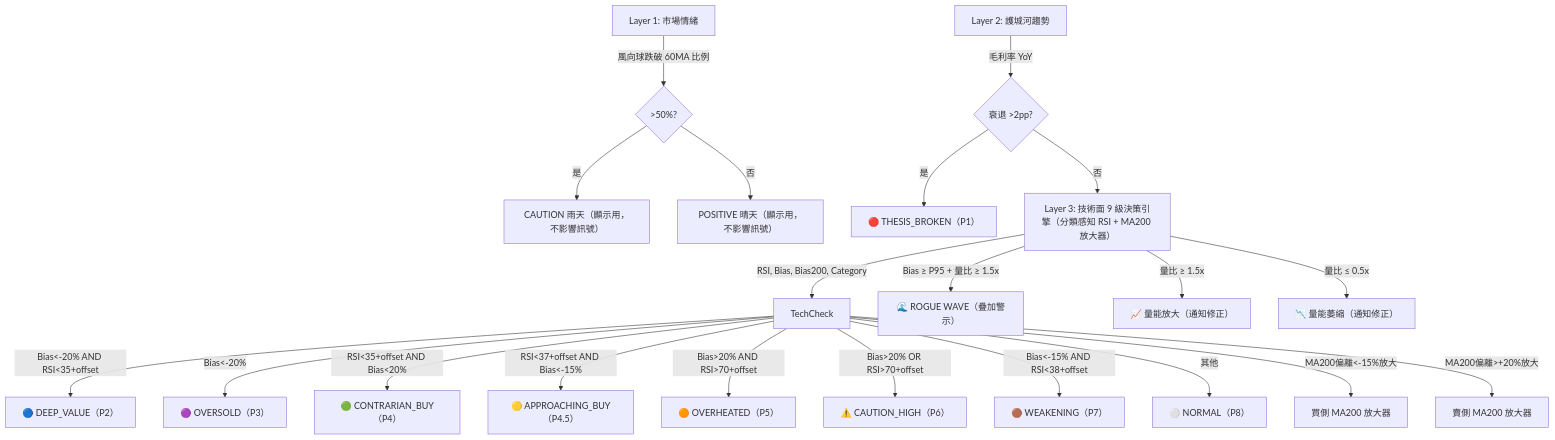
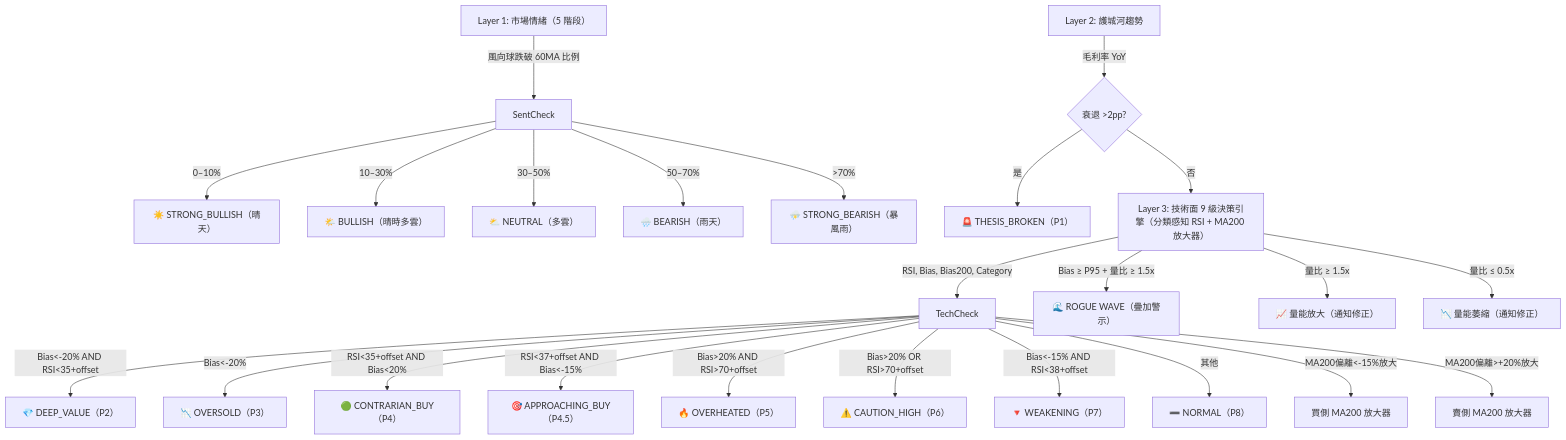
Before and after one commit to azusa152/azusa-stock: the first of 3 diagrams in README.md, drawn with Mermaid. The commit also changed other lines of this file and 25 other files, not shown here.

````diff
--- a/README.md
+++ b/README.md
@@ -96,26 +96,29 @@
 ```mermaid
 flowchart TD
-    L1["Layer 1: 市場情緒"] -->|"風向球跌破 60MA 比例"| Decision{">50%?"}
-    Decision -->|"是"| CAUTION["CAUTION 雨天（顯示用，不影響訊號）"]
-    Decision -->|"否"| POSITIVE["POSITIVE 晴天（顯示用，不影響訊號）"]
+    L1["Layer 1: 市場情緒（5 階段）"] -->|"風向球跌破 60MA 比例"| SentCheck
+    SentCheck -->|"0–10%"| SB["☀️ STRONG_BULLISH（晴天）"]
+    SentCheck -->|"10–30%"| BL["🌤️ BULLISH（晴時多雲）"]
+    SentCheck -->|"30–50%"| NT["⛅ NEUTRAL（多雲）"]
+    SentCheck -->|"50–70%"| BR["🌧️ BEARISH（雨天）"]
+    SentCheck -->|">70%"| SBR["⛈️ STRONG_BEARISH（暴風雨）"]
 
     L2["Layer 2: 護城河趨勢"] -->|"毛利率 YoY"| MoatCheck{"衰退 >2pp?"}
-    MoatCheck -->|"是"| BROKEN["🔴 THESIS_BROKEN（P1）"]
+    MoatCheck -->|"是"| BROKEN["🚨 THESIS_BROKEN（P1）"]
     MoatCheck -->|"否"| L3
 
     L3["Layer 3: 技術面 9 級決策引擎（分類感知 RSI + MA200 放大器）"] -->|"RSI, Bias, Bias200, Category"| TechCheck
-    TechCheck -->|"Bias<-20% AND RSI<35+offset"| DV["🔵 DEEP_VALUE（P2）"]
-    TechCheck -->|"Bias<-20%"| OS["🟣 OVERSOLD（P3）"]
+    TechCheck -->|"Bias<-20% AND RSI<35+offset"| DV["💎 DEEP_VALUE（P2）"]
+    TechCheck -->|"Bias<-20%"| OS["📉 OVERSOLD（P3）"]
     TechCheck -->|"RSI<35+offset AND Bias<20%"| BUY["🟢 CONTRARIAN_BUY（P4）"]
-    TechCheck -->|"RSI<37+offset AND Bias<-15%"| AB["🟡 APPROACHING_BUY（P4.5）"]
-    TechCheck -->|"Bias>20% AND RSI>70+offset"| HOT["🟠 OVERHEATED（P5）"]
+    TechCheck -->|"RSI<37+offset AND Bias<-15%"| AB["🎯 APPROACHING_BUY（P4.5）"]
+    TechCheck -->|"Bias>20% AND RSI>70+offset"| HOT["🔥 OVERHEATED（P5）"]
     TechCheck -->|"Bias>20% OR RSI>70+offset"| CH["⚠️ CAUTION_HIGH（P6）"]
-    TechCheck -->|"Bias<-15% AND RSI<38+offset"| WK["🟤 WEAKENING（P7）"]
-    TechCheck -->|"其他"| NORMAL["⚪ NORMAL（P8）"]
+    TechCheck -->|"Bias<-15% AND RSI<38+offset"| WK["🔻 WEAKENING（P7）"]
+    TechCheck -->|"其他"| NORMAL["➖ NORMAL（P8）"]
     TechCheck -->|"MA200偏離<-15%放大"| MA200B["買側 MA200 放大器"]
     TechCheck -->|"MA200偏離>+20%放大"| MA200S["賣側 MA200 放大器"]
 
     L3 -->|"Bias ≥ P95 + 量比 ≥ 1.5x"| ROGUE["🌊 ROGUE WAVE（疊加警示）"]
     L3 -->|"量比 ≥ 1.5x"| VS["📈 量能放大（通知修正）"]
     L3 -->|"量比 ≤ 0.5x"| VT["📉 量能萎縮（通知修正）"]
 ```
````
